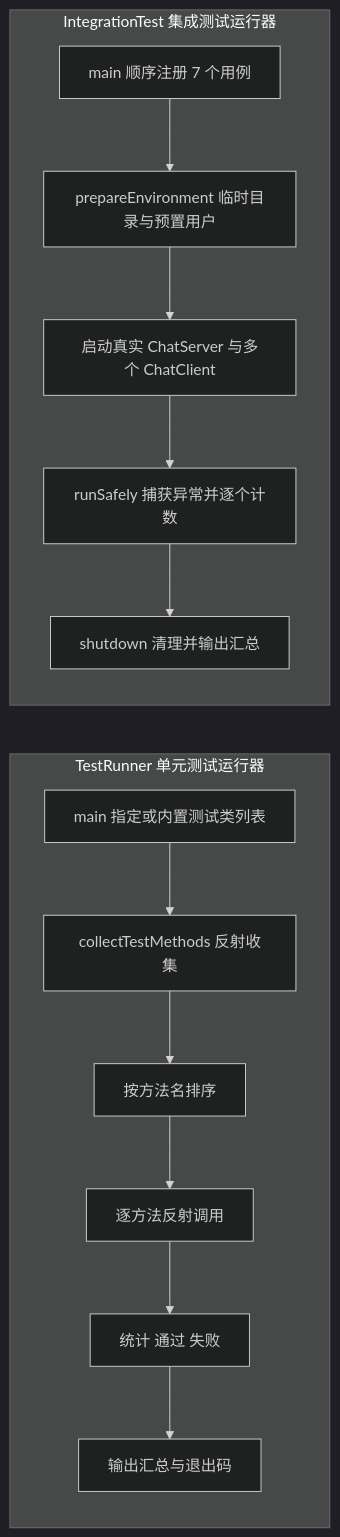
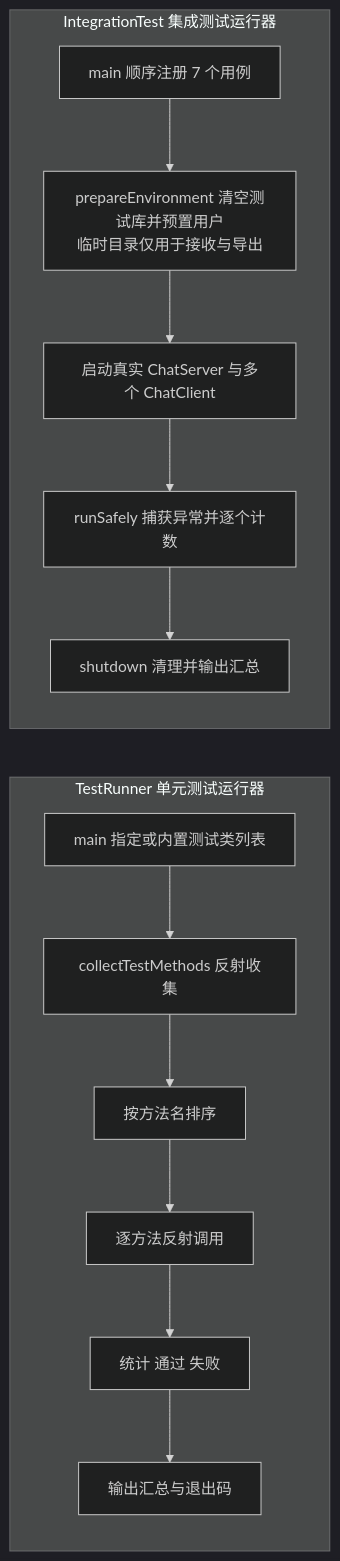
One commit to FeiTwnd/lanchat changed the second of 4 diagrams in docs/test/测试报告.md. Above: the diagram before and after it, drawn with Mermaid (dark theme). The commit also changed other lines of this file and 9 other files, not shown here.

````diff
--- a/docs/test/测试报告.md
+++ b/docs/test/测试报告.md
@@ -206,16 +217,16 @@
 ```mermaid
 flowchart LR
     subgraph Runner[TestRunner 单元测试运行器]
         M1[main 指定或内置测试类列表] --> S1[collectTestMethods 反射收集]
         S1 --> S2[按方法名排序]
         S2 --> S3[逐方法反射调用]
         S3 --> S4[统计 通过 失败]
         S4 --> S5[输出汇总与退出码]
     end
     subgraph Integration[IntegrationTest 集成测试运行器]
-        M2[main 顺序注册 7 个用例] --> S6[prepareEnvironment 临时目录与预置用户]
+        M2[main 顺序注册 7 个用例] --> S6[prepareEnvironment 清空测试库并预置用户<br/>临时目录仅用于接收与导出]
         S6 --> S7[启动真实 ChatServer 与多个 ChatClient]
         S7 --> S8[runSafely 捕获异常并逐个计数]
         S8 --> S9[shutdown 清理并输出汇总]
     end
 ```
````
